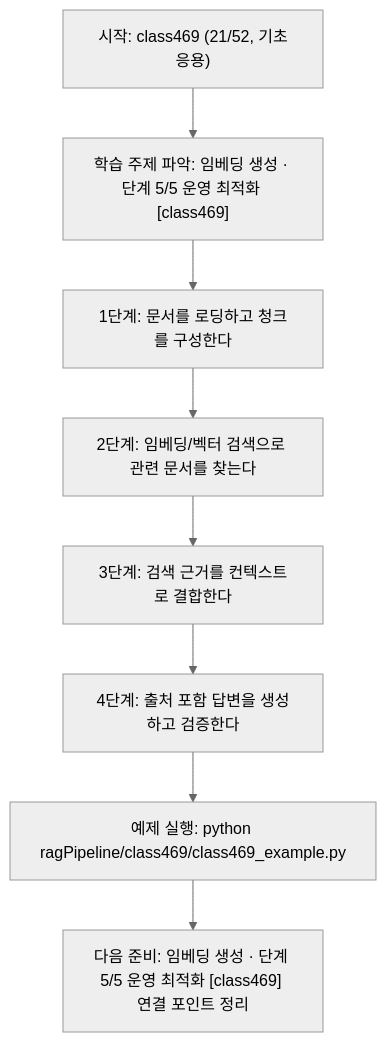
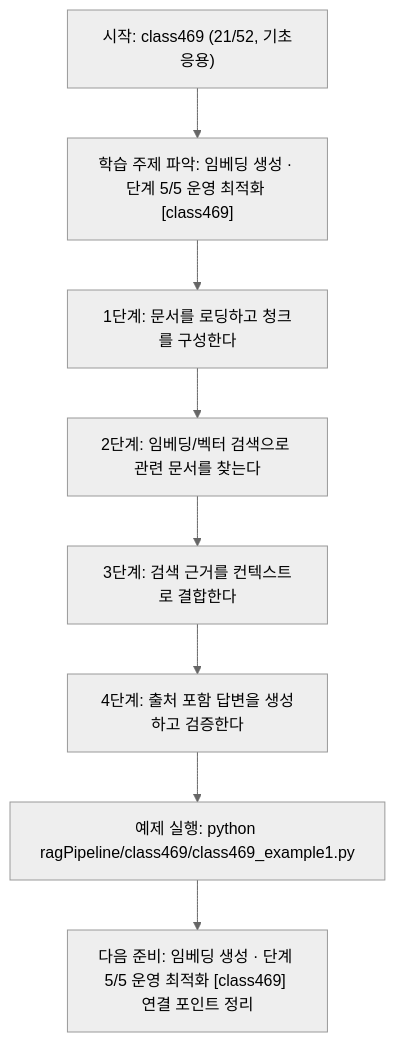
Before and after one commit to edumgt/Python-AI_Agent-Class: the diagram in ragPipeline/class469/class469.md, drawn with Mermaid (neutral theme). The commit also changed other lines of this file and 2959 other files, not shown here.

````diff
--- a/ragPipeline/class469/class469.md
+++ b/ragPipeline/class469/class469.md
@@ -110,18 +110,18 @@
 ```mermaid
 flowchart TD
 N1["시작: class469 (21/52, 기초응용)"]
 N2["학습 주제 파악: 임베딩 생성 · 단계 5/5 운영 최적화 [class469]"]
 N3["1단계: 문서를 로딩하고 청크를 구성한다"]
 N4["2단계: 임베딩/벡터 검색으로 관련 문서를 찾는다"]
 N5["3단계: 검색 근거를 컨텍스트로 결합한다"]
 N6["4단계: 출처 포함 답변을 생성하고 검증한다"]
-N7["예제 실행: python ragPipeline/class469/class469_example.py"]
+N7["예제 실행: python ragPipeline/class469/class469_example1.py"]
 N8["다음 준비: 임베딩 생성 · 단계 5/5 운영 최적화 [class469] 연결 포인트 정리"]
 N1 --> N2
 N2 --> N3
 N3 --> N4
 N4 --> N5
 N5 --> N6
 N6 --> N7
 N7 --> N8
 ```
````
